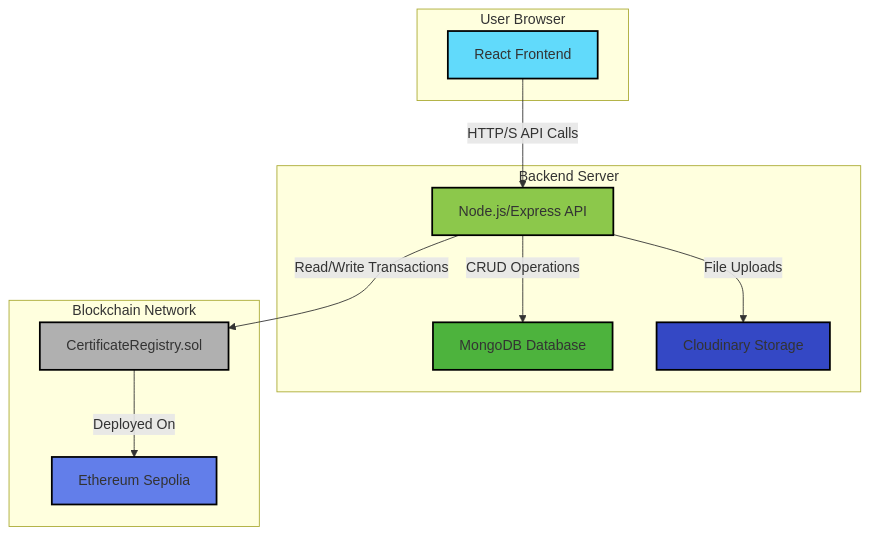
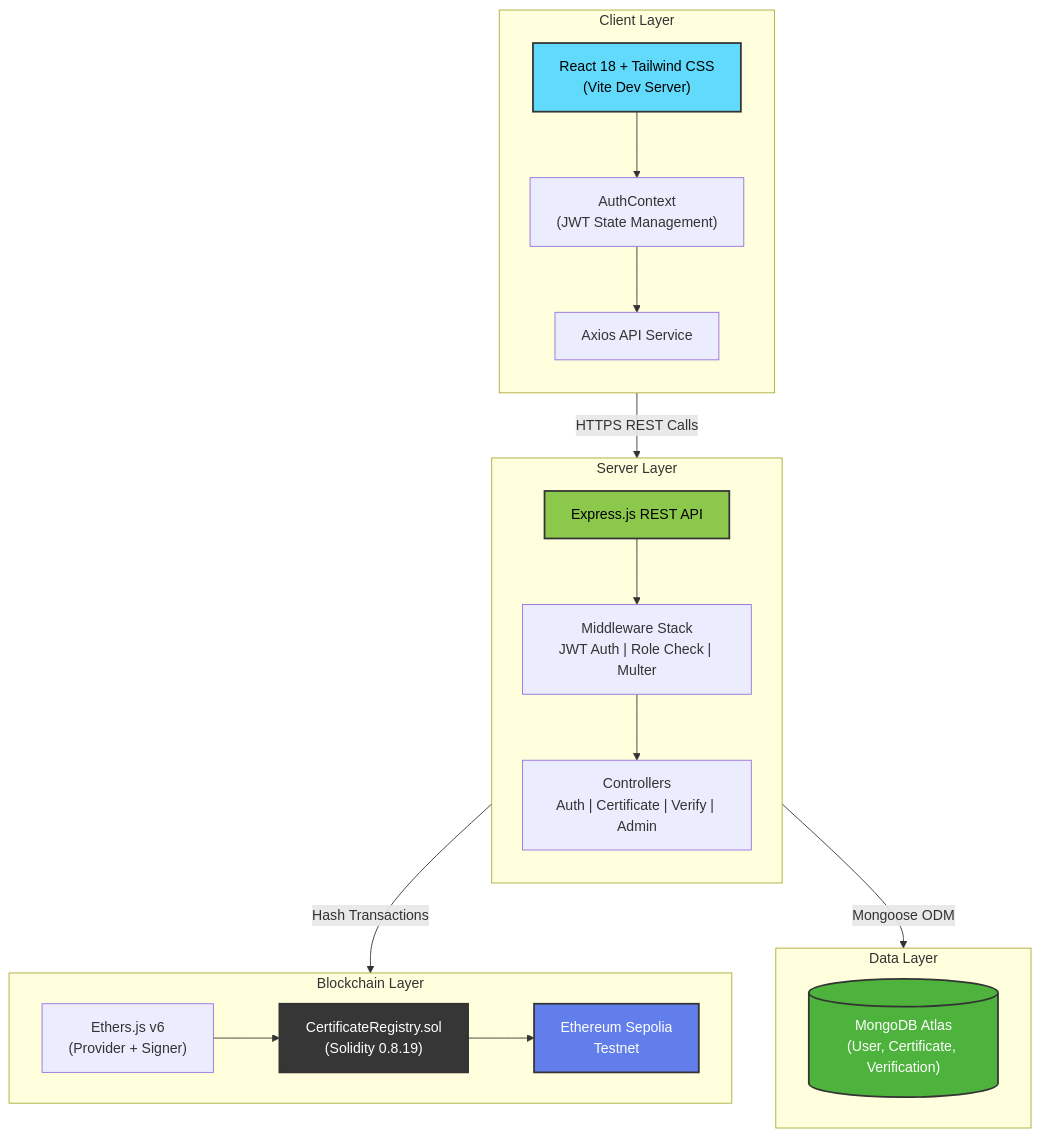
Before and after one commit to kaustav3071/Blockchain-Based-Secure-Certificate: the first of 2 diagrams in README.md, drawn with Mermaid. The commit also changed other lines of this file and 1 other file, not shown here.

Commit message:
Remove outdated project documentation and enhance README with detailed project overview, features, architecture, and setup instructions

````diff
--- a/README.md
+++ b/README.md
@@ -20,30 +71,41 @@
 ```mermaid
-graph TD
-    subgraph User Browser
-        A[React Frontend]
+graph TB
+    subgraph Client ["Client Layer"]
+        direction TB
+        UI["React 18 + Tailwind CSS<br/>(Vite Dev Server)"]
+        CTX["AuthContext<br/>(JWT State Management)"]
+        API_SVC["Axios API Service"]
+        UI --> CTX --> API_SVC
     end
 
-    subgraph Backend Server
-        B[Node.js/Express API]
-        C[MongoDB Database]
-        D[Cloudinary Storage]
+    subgraph Server ["Server Layer"]
+        direction TB
+        EXPRESS["Express.js REST API"]
+        MW["Middleware Stack<br/>JWT Auth | Role Check | Multer"]
+        CTRL["Controllers<br/>Auth | Certificate | Verify | Admin"]
+        EXPRESS --> MW --> CTRL
     end
 
-    subgraph Blockchain Network
-        E[Ethereum Sepolia]
-        F[CertificateRegistry.sol]
+    subgraph Data ["Data Layer"]
+        direction LR
+        MONGO[("MongoDB Atlas<br/>(User, Certificate, Verification)")]
     end
 
-    A -- "HTTP/S API Calls" --> B
-    B -- "CRUD Operations" --> C
-    B -- "File Uploads" --> D
-    B -- "Read/Write Transactions" --> F
-    F -- "Deployed On" --> E
+    subgraph Blockchain ["Blockchain Layer"]
+        direction LR
+        ETHERS["Ethers.js v6<br/>(Provider + Signer)"]
+        CONTRACT["CertificateRegistry.sol<br/>(Solidity 0.8.19)"]
+        SEPOLIA["Ethereum Sepolia<br/>Testnet"]
+        ETHERS --> CONTRACT --> SEPOLIA
+    end
 
-    style A fill:#61DAFB,stroke:#000,stroke-width:2px
-    style B fill:#8CC84B,stroke:#000,stroke-width:2px
-    style C fill:#4DB33D,stroke:#000,stroke-width:2px
-    style D fill:#3448C5,stroke:#000,stroke-width:2px
-    style E fill:#627EEA,stroke:#000,stroke-width:2px
-    style F fill:#B0B0B0,stroke:#000,stroke-width:2px
+    API_SVC -- "HTTPS REST Calls" --> EXPRESS
+    CTRL -- "Mongoose ODM" --> MONGO
+    CTRL -- "Hash Transactions" --> ETHERS
+
+    style UI fill:#61DAFB,stroke:#333,stroke-width:2px,color:#000
+    style EXPRESS fill:#8CC84B,stroke:#333,stroke-width:2px,color:#000
+    style MONGO fill:#4DB33D,stroke:#333,stroke-width:2px,color:#fff
+    style CONTRACT fill:#363636,stroke:#333,stroke-width:2px,color:#fff
+    style SEPOLIA fill:#627EEA,stroke:#333,stroke-width:2px,color:#fff
 ```
````
